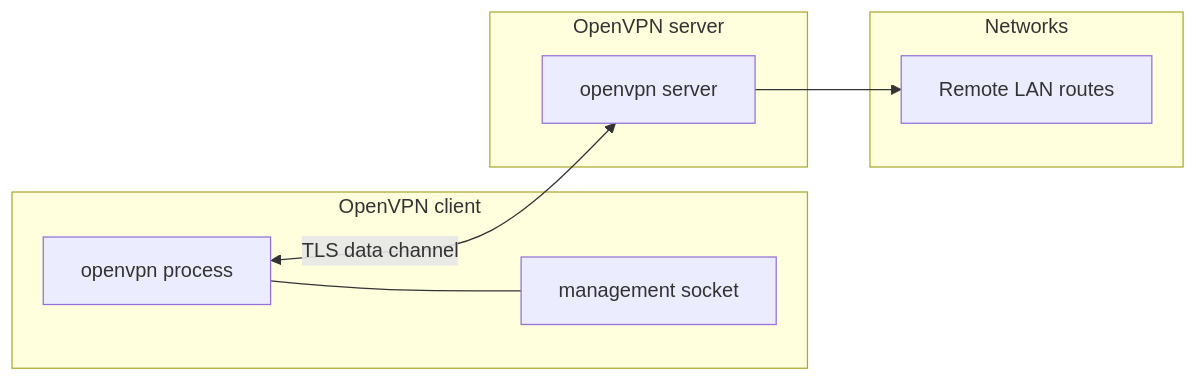
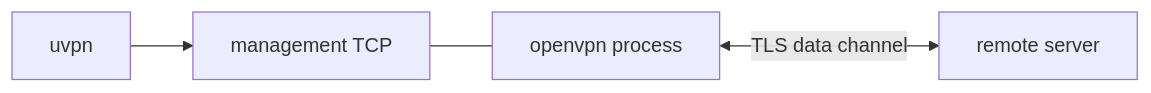
One commit to roto31/Tunnel-Monitor---Universal changed the first of 3 diagrams in docs/vpn-solutions/openvpn.md. Above: the diagram before and after it, drawn with Mermaid. The commit also changed other lines of this file and 22 other files, not shown here.

````diff
--- a/docs/vpn-solutions/openvpn.md
+++ b/docs/vpn-solutions/openvpn.md
@@ -25,16 +24,6 @@
 ```mermaid
 flowchart LR
-    subgraph client [OpenVPN client]
-        OC[openvpn process]
-        MGMT[management socket]
-        OC --- MGMT
-    end
-    subgraph server [OpenVPN server]
-        OS[openvpn server]
-    end
-    subgraph net [Networks]
-        RT[Remote LAN routes]
-    end
-    OC <-->|TLS data channel| OS
-    OS --> RT
+    OC[openvpn process] <-->|TLS data channel| OS[remote server]
+    MGMT[management TCP] --- OC
+    uvpn --> MGMT
 ```
````
